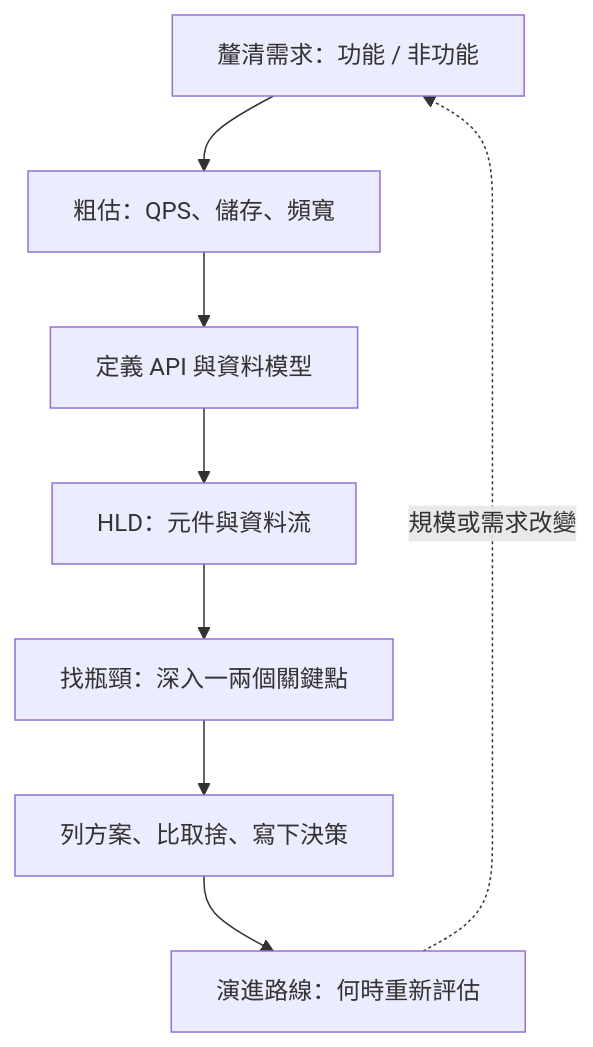
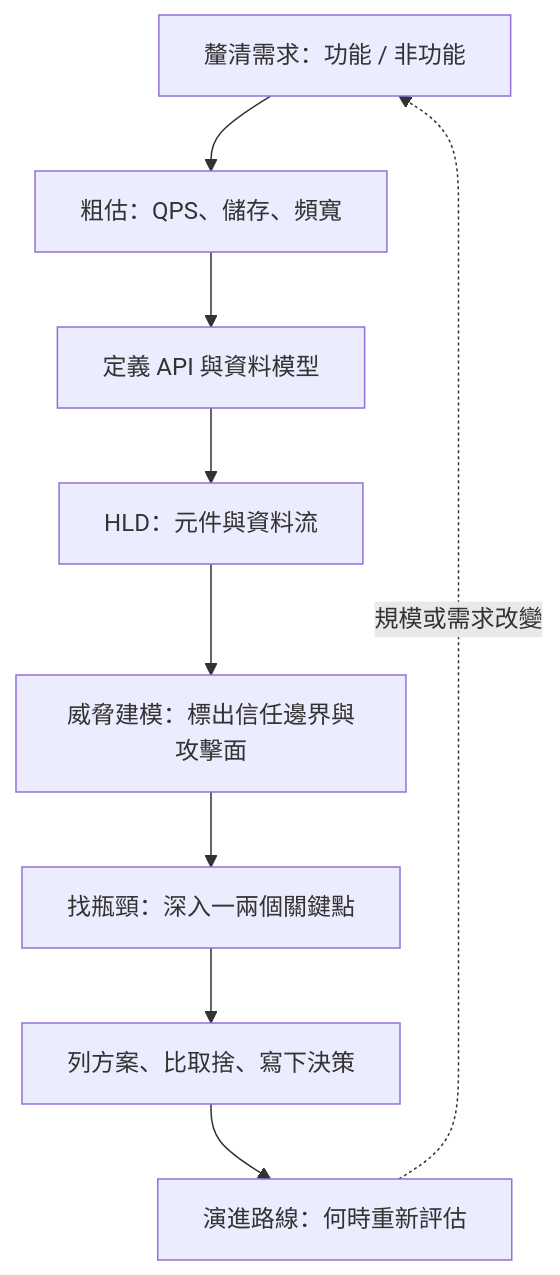
Before and after one commit to xinqilin/xinqilin.github.io: the diagram in content/post/SystemDesign/system-design-thinking.md, drawn with Mermaid. The commit also changed other lines of this file and 7 other files, not shown here.

````diff
--- a/content/post/SystemDesign/system-design-thinking.md
+++ b/content/post/SystemDesign/system-design-thinking.md
@@ -70,10 +71,11 @@
 ```mermaid
 flowchart TD
     A[釐清需求：功能 / 非功能] --> B[粗估：QPS、儲存、頻寬]
     B --> C[定義 API 與資料模型]
     C --> D[HLD：元件與資料流]
-    D --> E[找瓶頸：深入一兩個關鍵點]
+    D --> T[威脅建模：標出信任邊界與攻擊面]
+    T --> E[找瓶頸：深入一兩個關鍵點]
     E --> F[列方案、比取捨、寫下決策]
     F --> G[演進路線：何時重新評估]
     G -. 規模或需求改變 .-> A
 ```
````
